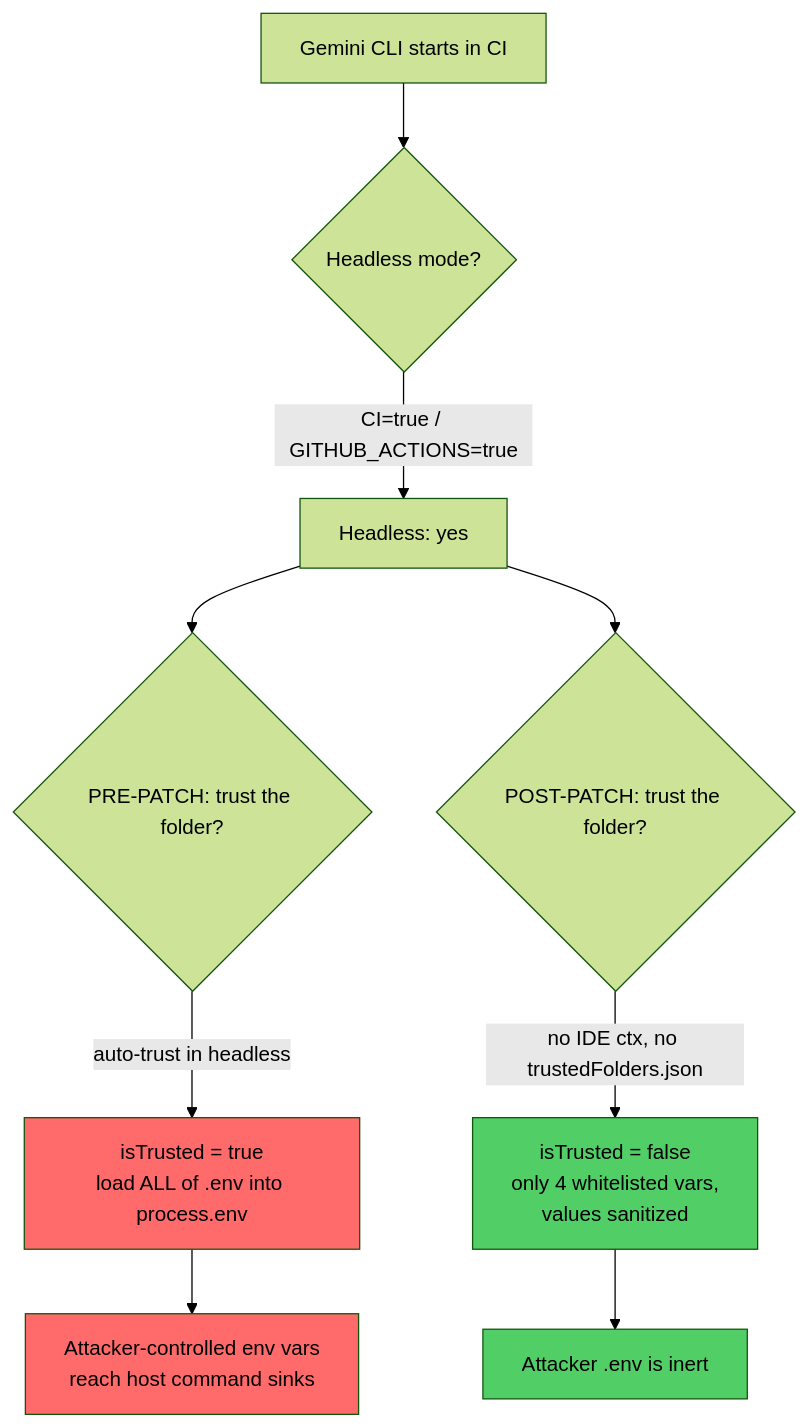
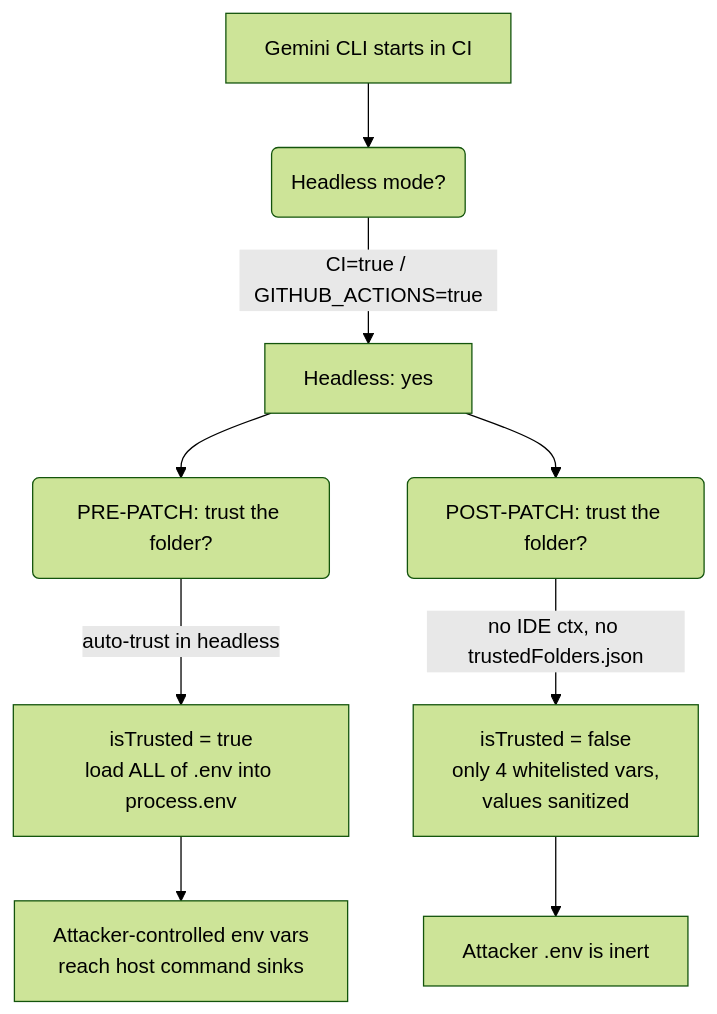
One commit to nithissh7/nithissh7.github.io changed the first of 2 diagrams in src/content/blog/reversing-gemini-cli-pre-sandbox-rce.md. Above: the diagram before and after it, drawn with Mermaid (forest theme). The commit also changed 9 other files, not shown here.

First line of the commit message:
Content pass: diagrams that fit the reading column, labelled code, cleaner structure

````diff
--- a/src/content/blog/reversing-gemini-cli-pre-sandbox-rce.md
+++ b/src/content/blog/reversing-gemini-cli-pre-sandbox-rce.md
@@ -144,19 +144,17 @@
 ```mermaid
 flowchart TD
-    A[Gemini CLI starts in CI] --> B{Headless mode?}
+    A[Gemini CLI starts in CI] --> B(Headless mode?)
     B -->|"CI=true / GITHUB_ACTIONS=true"| C[Headless: yes]
 
-    C --> D{"PRE-PATCH: trust the folder?"}
+    C --> D("PRE-PATCH: trust the folder?")
     D -->|"auto-trust in headless"| E["isTrusted = true<br/>load ALL of .env into process.env"]
 
-    C --> F{"POST-PATCH: trust the folder?"}
+    C --> F("POST-PATCH: trust the folder?")
     F -->|"no IDE ctx, no trustedFolders.json"| G["isTrusted = false<br/>only 4 whitelisted vars,<br/>values sanitized"]
 
     E --> H["Attacker-controlled env vars<br/>reach host command sinks"]
     G --> I["Attacker .env is inert"]
 
-    style E fill:#ff6b6b,color:#000
-    style H fill:#ff6b6b,color:#000
-    style G fill:#51cf66,color:#000
-    style I fill:#51cf66,color:#000
+    class E,H bug
+    class G,I ok
 ```
````
